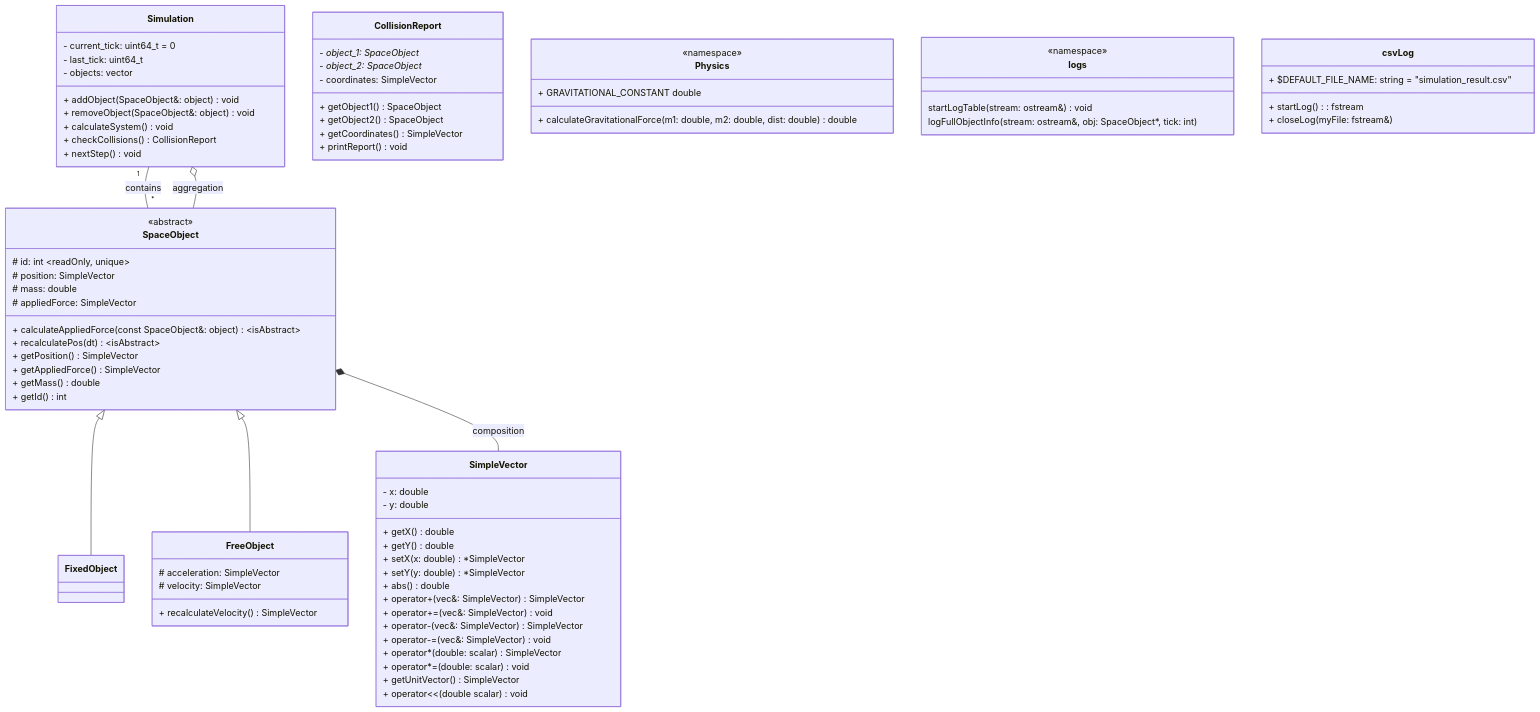
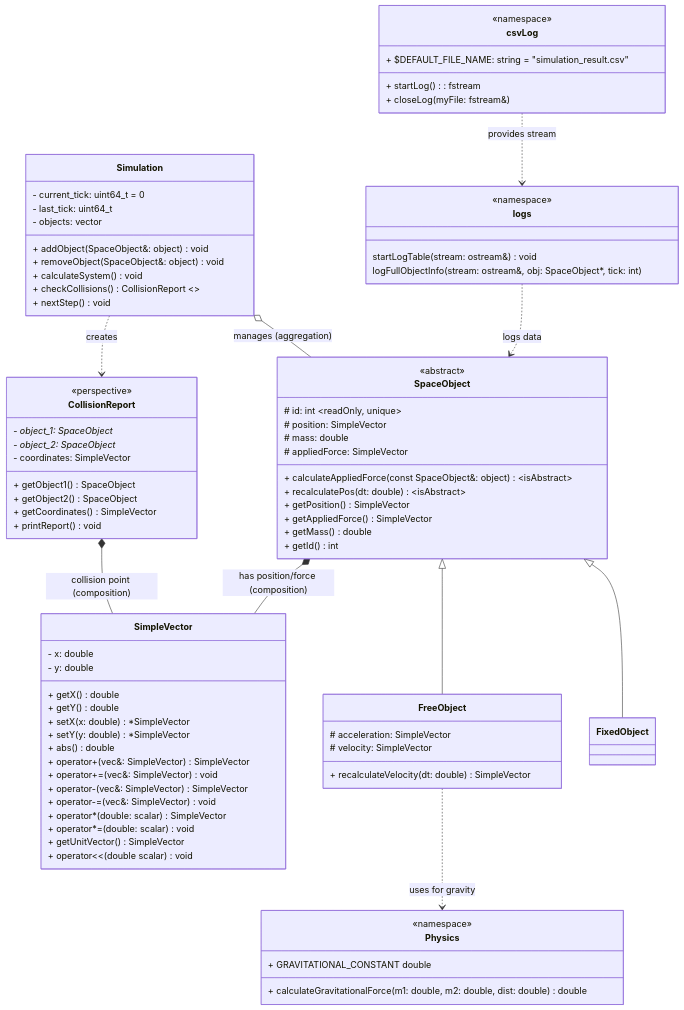
One commit to kotenko-o/simple-orbit-simulator changed the diagram in docs/classDiagram.mmd. Above: the diagram before and after it, drawn with Mermaid. The commit also changed 1 other file, not shown here.

Commit message:
docs: update classDiagram

```diff
--- a/docs/classDiagram.mmd
+++ b/docs/classDiagram.mmd
@@ -1,89 +1,99 @@
 classDiagram
 
+    %% Inheritance
     SpaceObject <|-- FixedObject
     SpaceObject <|-- FreeObject
-    Simulation "1" -- "*" SpaceObject : contains
 
-    SpaceObject *-- SimpleVector : composition
-    Simulation o-- SpaceObject : aggregation
+    %% Structural Relationships
+    Simulation o-- SpaceObject : manages (aggregation)
+    SpaceObject *-- SimpleVector : has position/force (composition)
+    CollisionReport *-- SimpleVector : collision point (composition)
+
+    %% Dependencies (Usage)
+    Simulation ..> CollisionReport : creates
+    FreeObject ..> Physics : uses for gravity
+    logs ..> SpaceObject : logs data
+    csvLog ..> logs : provides stream
     
     class Simulation {
         - current_tick: uint64_t = 0
         - last_tick: uint64_t
         - objects: vector<SpaceObject*>
         + addObject(SpaceObject&: object) void
         + removeObject(SpaceObject&: object) void
         + calculateSystem() void
-        + checkCollisions() CollisionReport
+        + checkCollisions() CollisionReport <<not implemented>>
         + nextStep() void
     }
 
     class SpaceObject {
         <<abstract>>
         # id: int ~readOnly, unique~
         # position: SimpleVector
         # mass: double
         # appliedForce: SimpleVector
         + calculateAppliedForce(const SpaceObject&: object) ~isAbstract~
-        + recalculatePos(dt) ~isAbstract~
+        + recalculatePos(dt: double) ~isAbstract~
         + getPosition() SimpleVector
         + getAppliedForce() SimpleVector 
         + getMass() double
         + getId() int
     }
 
     class FixedObject {
         
     }
 
     class FreeObject {
         # acceleration: SimpleVector
         # velocity: SimpleVector
-        + recalculateVelocity() SimpleVector
+        + recalculateVelocity(dt: double) SimpleVector
     }
 
     class SimpleVector {
         - x: double
         - y: double
         + getX() double
         + getY() double
         + setX(x: double) *SimpleVector
         + setY(y: double) *SimpleVector
         + abs() double
         + operator+(vec&: SimpleVector) SimpleVector
         + operator+=(vec&: SimpleVector) void
         + operator-(vec&: SimpleVector) SimpleVector
         + operator-=(vec&: SimpleVector) void
         + operator*(double: scalar) SimpleVector
         + operator*=(double: scalar) void
         + getUnitVector() SimpleVector
         + operator<<(double scalar) void
     }
 
     class CollisionReport {
+        <<perspective>>
         - object_1: SpaceObject*
         - object_2: SpaceObject*
         - coordinates: SimpleVector
         + getObject1() SpaceObject
         + getObject2() SpaceObject
         + getCoordinates() SimpleVector
         + printReport() void
     }
 
     class Physics {
         <<namespace>>
         + GRAVITATIONAL_CONSTANT double
         + calculateGravitationalForce(m1: double, m2: double, dist: double) double
     }
 
     class logs {
         <<namespace>>
         startLogTable(stream: ostream&) void
         logFullObjectInfo(stream: ostream&, obj: SpaceObject*, tick: int)
     }
 
     class csvLog {
+        <<namespace>>
         + $DEFAULT_FILE_NAME: string = "simulation_result.csv"
         + startLog(): fstream
         + closeLog(myFile: fstream&)
     }
```
